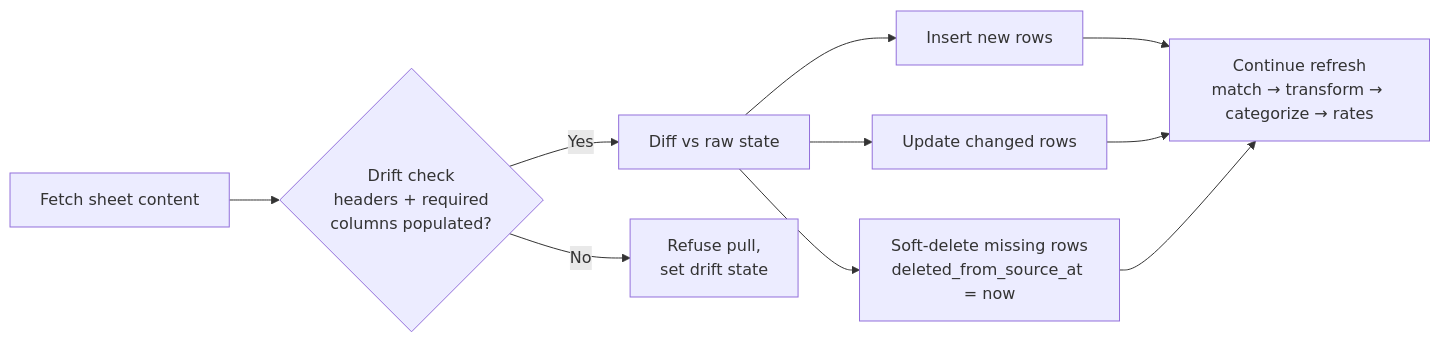
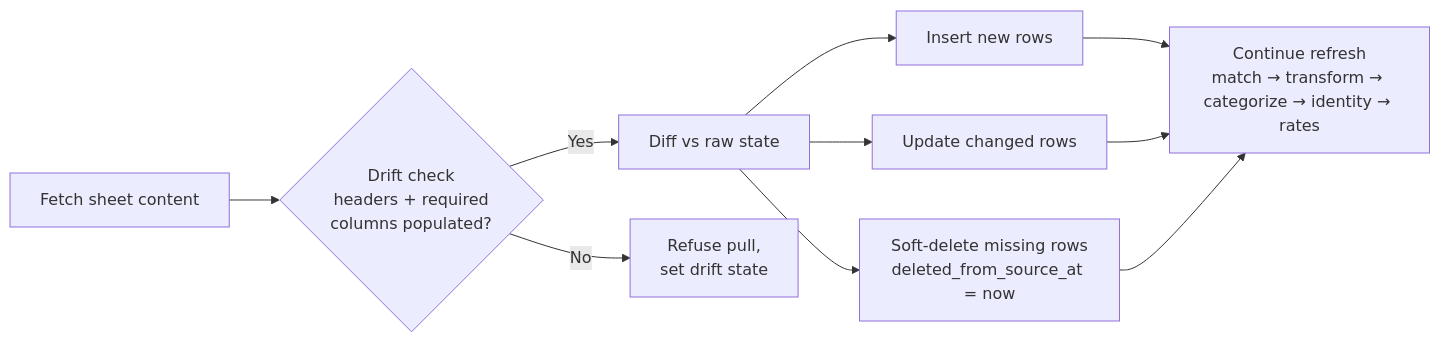
The diagram in docs/guides/connect-gsheet.md (bsaffel/moneybin), drawn with Mermaid before and after one commit. The commit also changed other lines of this file and 11 other files, not shown here.

````diff
--- a/docs/guides/connect-gsheet.md
+++ b/docs/guides/connect-gsheet.md
@@ -151,12 +151,12 @@
 ```mermaid
 flowchart LR
     A[Fetch sheet content] --> B{Drift check<br/>headers + required<br/>columns populated?}
     B -->|Yes| C[Diff vs raw state]
     B -->|No| Z[Refuse pull,<br/>set drift state]
     C --> D[Insert new rows]
     C --> E[Update changed rows]
     C --> F[Soft-delete missing rows<br/>deleted_from_source_at = now]
-    D --> G[Continue refresh<br/>match → transform → categorize → rates]
+    D --> G[Continue refresh<br/>match → transform → categorize → identity → rates]
     E --> G
     F --> G
 ```
````
